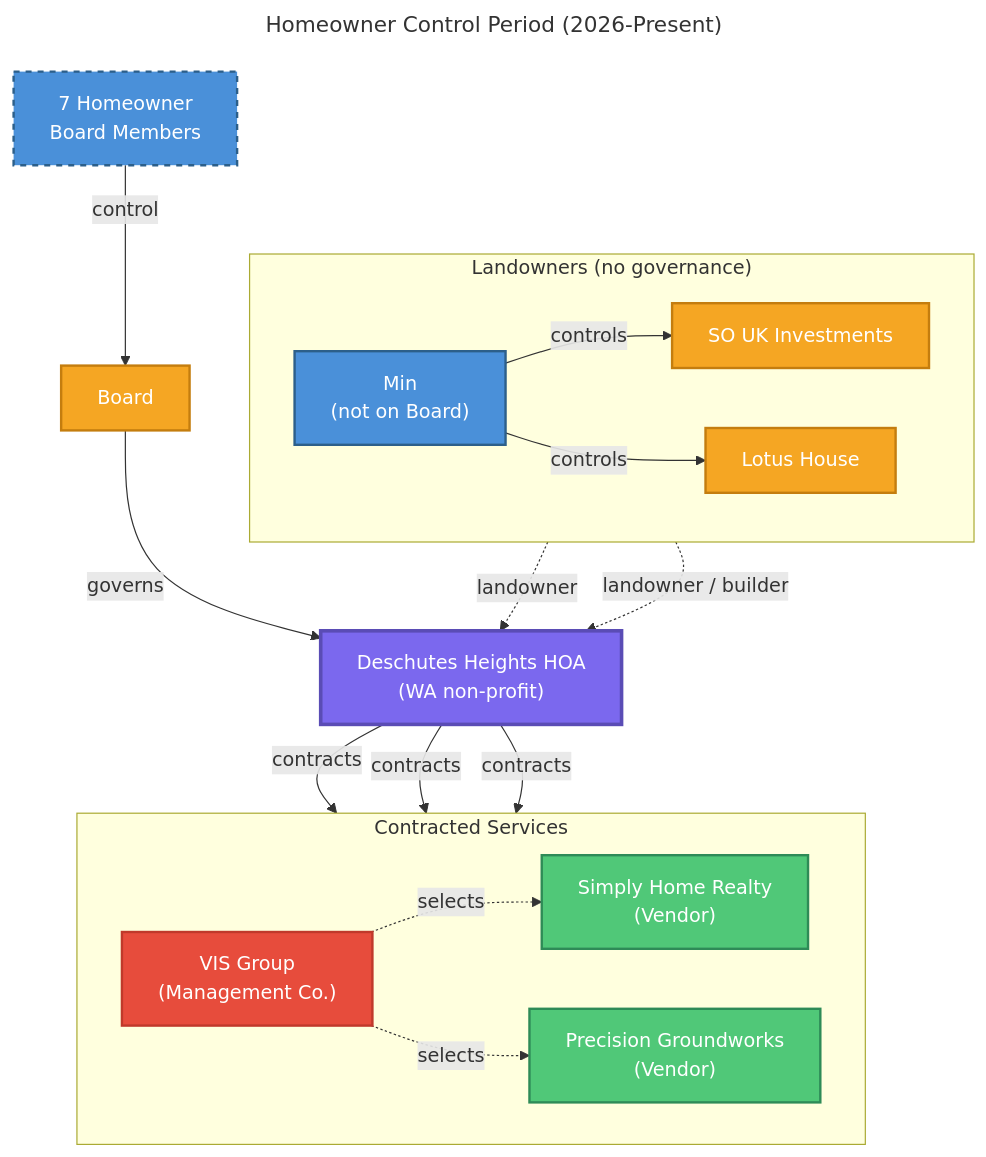
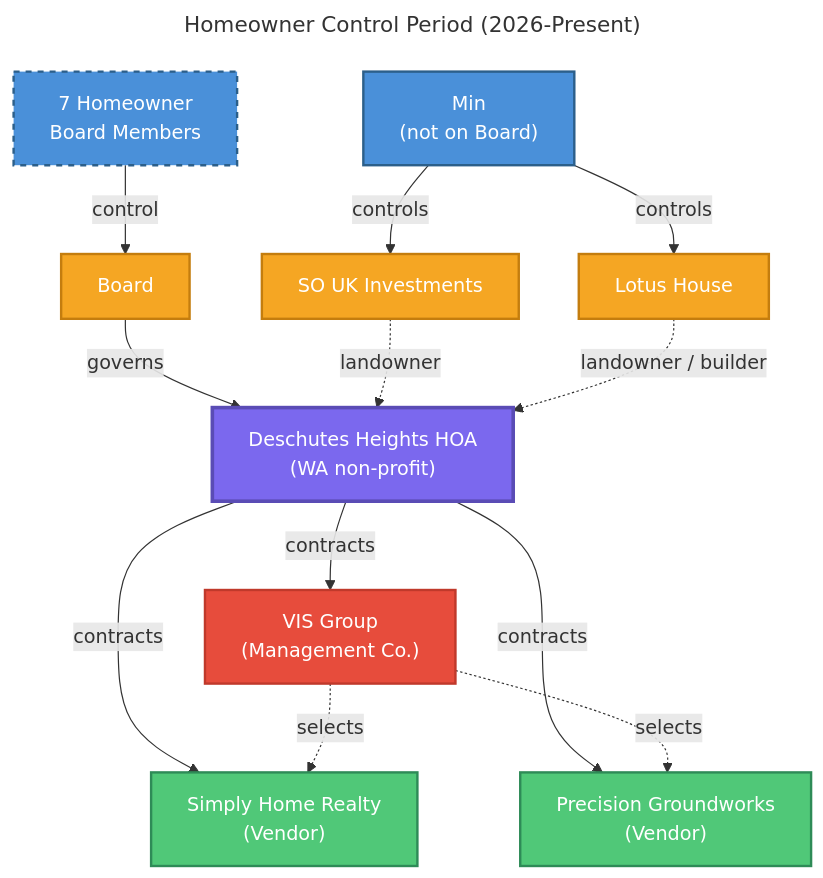
Before and after one commit to chadkirby/treasurer-reports: the diagram in public/sources/relationships-homeowner.mermaid, drawn with Mermaid. The commit also changed 2 other files, not shown here.

Commit message:
Removed the “Control” and “Contracted Services” sub‑boxes from both relationship charts.

```diff
--- a/public/sources/relationships-homeowner.mermaid
+++ b/public/sources/relationships-homeowner.mermaid
@@ -1,43 +1,37 @@
 ---
 title: "Homeowner Control Period (2026-Present)"
 ---
 graph TB
   classDef person fill:#4A90D9,color:#fff,stroke:#2C5F8A,stroke-width:2px
   classDef entity fill:#F5A623,color:#fff,stroke:#C47D0E,stroke-width:2px
   classDef hoa fill:#7B68EE,color:#fff,stroke:#5A4CB5,stroke-width:3px
   classDef vendor fill:#50C878,color:#fff,stroke:#2E8B57,stroke-width:2px
   classDef mgmt fill:#E74C3C,color:#fff,stroke:#C0392B,stroke-width:2px
   classDef homeowners fill:#4A90D9,color:#fff,stroke:#2C5F8A,stroke-width:2px,stroke-dasharray: 5 5
 
   Owners["7 Homeowner<br/>Board Members"]:::homeowners
   Board_H["Board"]:::entity
   HOA_H["Deschutes Heights HOA<br/>(WA non-profit)"]:::hoa
 
-  subgraph LANDOWNERS ["Landowners (no governance)"]
-    direction LR
   Min_H["Min<br/>(not on Board)"]:::person
-    SOUK_H["SO UK Investments"]:::entity
-    Lotus_H["Lotus House"]:::entity
-  end
+  SOUK_H["SO UK Investments"]:::entity
+  Lotus_H["Lotus House"]:::entity
 
-  subgraph VENDORS ["Contracted Services"]
-    direction LR
   VIS_H["VIS Group<br/>(Management Co.)"]:::mgmt
   SHR_H["Simply Home Realty<br/>(Vendor)"]:::vendor
   PG_H["Precision Groundworks<br/>(Vendor)"]:::vendor
-  end
 
   Owners -- "control" --> Board_H
   Board_H -- "governs" --> HOA_H
 
   Min_H -- "controls" --> SOUK_H
   Min_H -- "controls" --> Lotus_H
   SOUK_H -. "landowner" .-> HOA_H
   Lotus_H -. "landowner / builder" .-> HOA_H
 
   HOA_H -- "contracts" --> VIS_H
   HOA_H -- "contracts" --> SHR_H
   HOA_H -- "contracts" --> PG_H
 
   VIS_H -. "selects" .-> SHR_H
   VIS_H -. "selects" .-> PG_H
```
